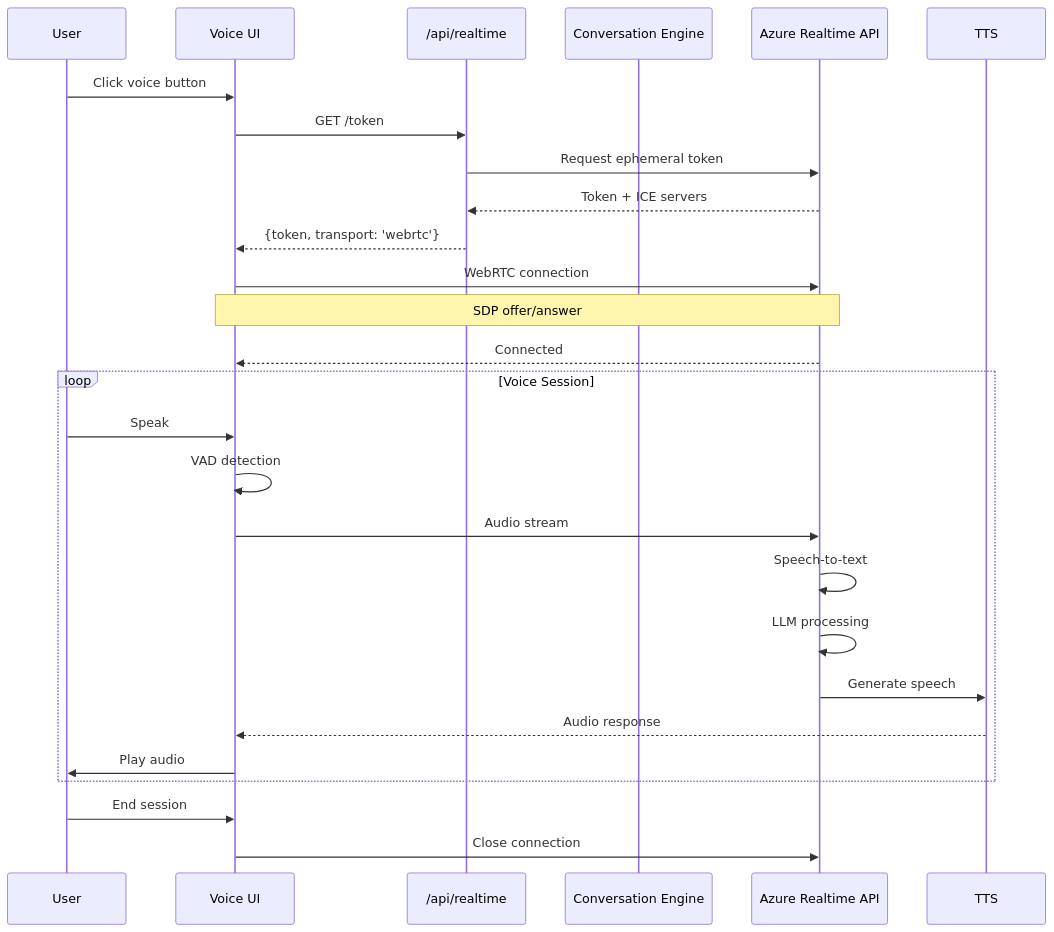
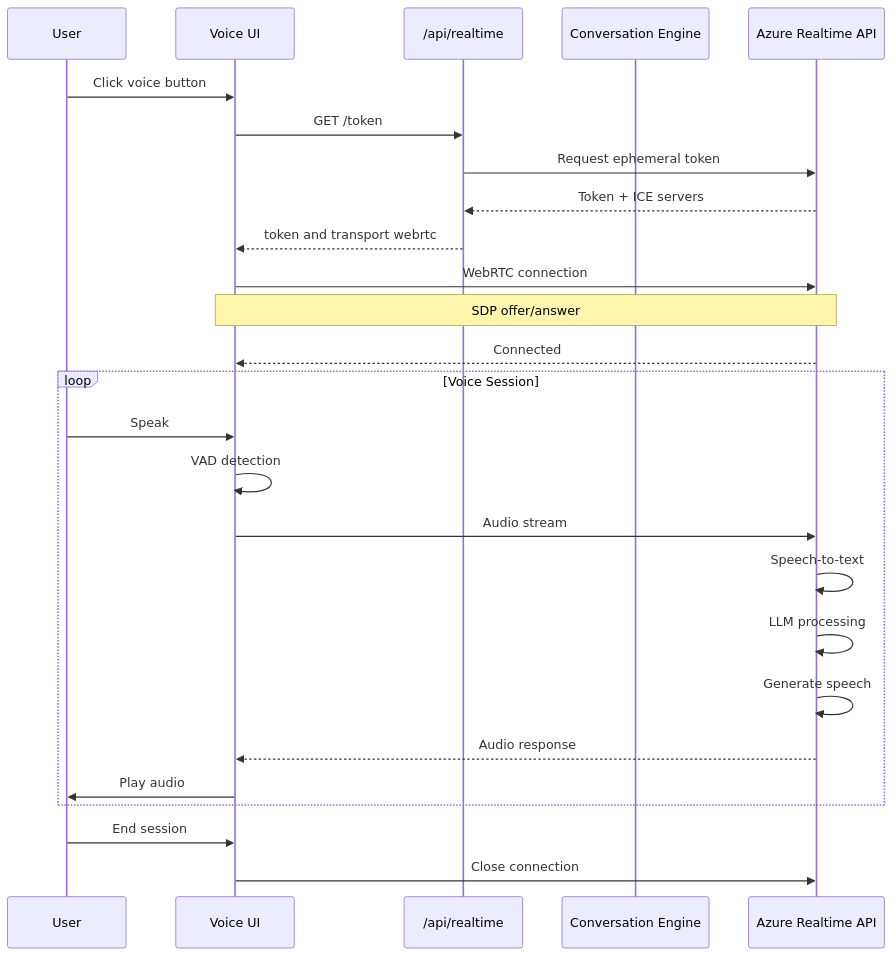
Before and after one commit to FightTheStroke/MirrorBuddy: diagram 12 of 50 in ARCHITECTURE-DIAGRAMS.md, drawn with Mermaid. The commit also changed other lines of this file, not shown here.

First line of the commit message:
docs(arch): rewrite diagrams in English, rename Maestri to Professors

````diff
--- a/ARCHITECTURE-DIAGRAMS.md
+++ b/ARCHITECTURE-DIAGRAMS.md
@@ -540,32 +539,32 @@
 ```mermaid
 sequenceDiagram
     participant U as User
     participant UI as Voice UI
     participant API as /api/realtime
     participant Engine as Conversation Engine
     participant Azure as Azure Realtime API
 
     U->>UI: Click voice button
     UI->>API: GET /token
     API->>Azure: Request ephemeral token
     Azure-->>API: Token + ICE servers
-    API-->>UI: {token, transport: 'webrtc'}
+    API-->>UI: token and transport webrtc
 
     UI->>Azure: WebRTC connection
     Note over UI,Azure: SDP offer/answer
     Azure-->>UI: Connected
 
     loop Voice Session
         U->>UI: Speak
         UI->>UI: VAD detection
         UI->>Azure: Audio stream
         Azure->>Azure: Speech-to-text
         Azure->>Azure: LLM processing
-        Azure->>TTS: Generate speech
-        TTS-->>UI: Audio response
+        Azure->>Azure: Generate speech
+        Azure-->>UI: Audio response
         UI->>U: Play audio
     end
 
     U->>UI: End session
     UI->>Azure: Close connection
 ```
````
